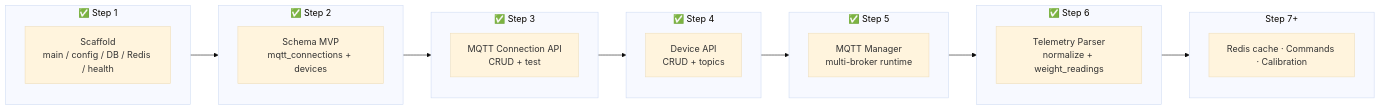
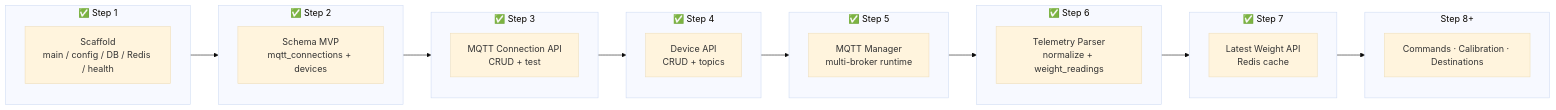
Before and after one commit to kukiat/atk-store: the diagram in documents/multi-device-load-cell-platform.md, drawn with Mermaid (base theme). The commit also changed other lines of this file and 10 other files, not shown here.

First line of the commit message:
Enhance device management with latest weight API and telemetry integration

````diff
--- a/documents/multi-device-load-cell-platform.md
+++ b/documents/multi-device-load-cell-platform.md
@@ -1706,26 +1706,29 @@
 ```mermaid
 flowchart LR
     subgraph STEP1["✅ Step 1"]
         S1["Scaffold<br/>main / config / DB / Redis / health"]
     end
     subgraph STEP2["✅ Step 2"]
         S2["Schema MVP<br/>mqtt_connections + devices"]
     end
     subgraph STEP3["✅ Step 3"]
         S3["MQTT Connection API<br/>CRUD + test"]
     end
     subgraph STEP4["✅ Step 4"]
         S4["Device API<br/>CRUD + topics"]
     end
     subgraph STEP5["✅ Step 5"]
         S5["MQTT Manager<br/>multi-broker runtime"]
     end
     subgraph STEP6["✅ Step 6"]
         S6A["Telemetry Parser<br/>normalize + weight_readings"]
     end
-    subgraph STEP7["Step 7+"]
-        S7["Redis cache · Commands · Calibration"]
+    subgraph STEP7["✅ Step 7"]
+        S7A["Latest Weight API<br/>Redis cache"]
+    end
+    subgraph STEP8["Step 8+"]
+        S8["Commands · Calibration · Destinations"]
     end
 
-    STEP1 --> STEP2 --> STEP3 --> STEP4 --> STEP5 --> STEP6 --> STEP7
+    STEP1 --> STEP2 --> STEP3 --> STEP4 --> STEP5 --> STEP6 --> STEP7 --> STEP8
 ```
````
